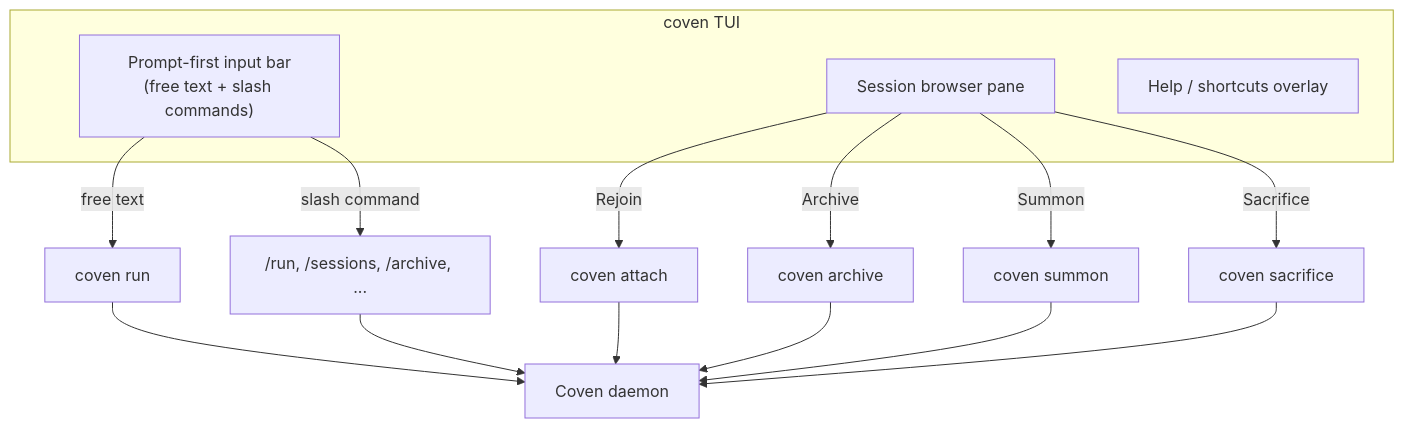
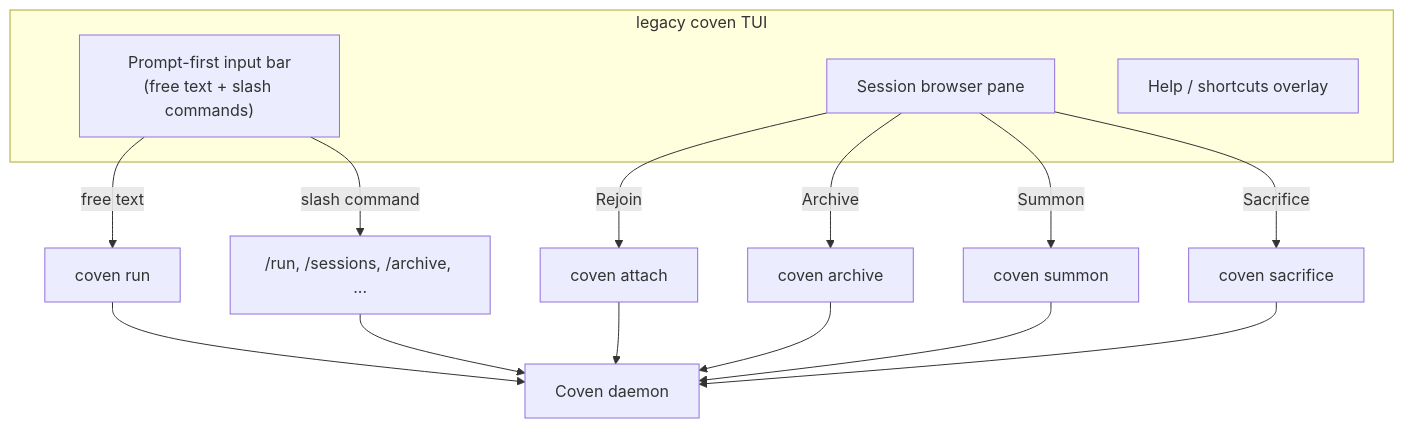
The diagram in docs/start/coven-tui.md (OpenCoven/coven), drawn with Mermaid before and after one commit. The commit also changed other lines of this file and 5 other files, not shown here.

````diff
--- a/docs/start/coven-tui.md
+++ b/docs/start/coven-tui.md
@@ -29,20 +42,20 @@
 ```mermaid
 flowchart TB
-  subgraph TUI["coven TUI"]
+  subgraph TUI["legacy coven TUI"]
     Input["Prompt-first input bar\n(free text + slash commands)"]
     Browser["Session browser pane"]
     Help["Help / shortcuts overlay"]
   end
   Input -->|free text| LaunchPath["coven run <harness> <text>"]
   Input -->|slash command| Dispatch["/run, /sessions, /archive, ..."]
   Browser -->|Rejoin| Attach["coven attach"]
   Browser -->|Archive| Archive["coven archive"]
   Browser -->|Summon| Summon["coven summon"]
   Browser -->|Sacrifice| Sacrifice["coven sacrifice"]
   LaunchPath --> Daemon[Coven daemon]
   Dispatch --> Daemon
   Attach --> Daemon
   Archive --> Daemon
   Summon --> Daemon
   Sacrifice --> Daemon
 ```
````
